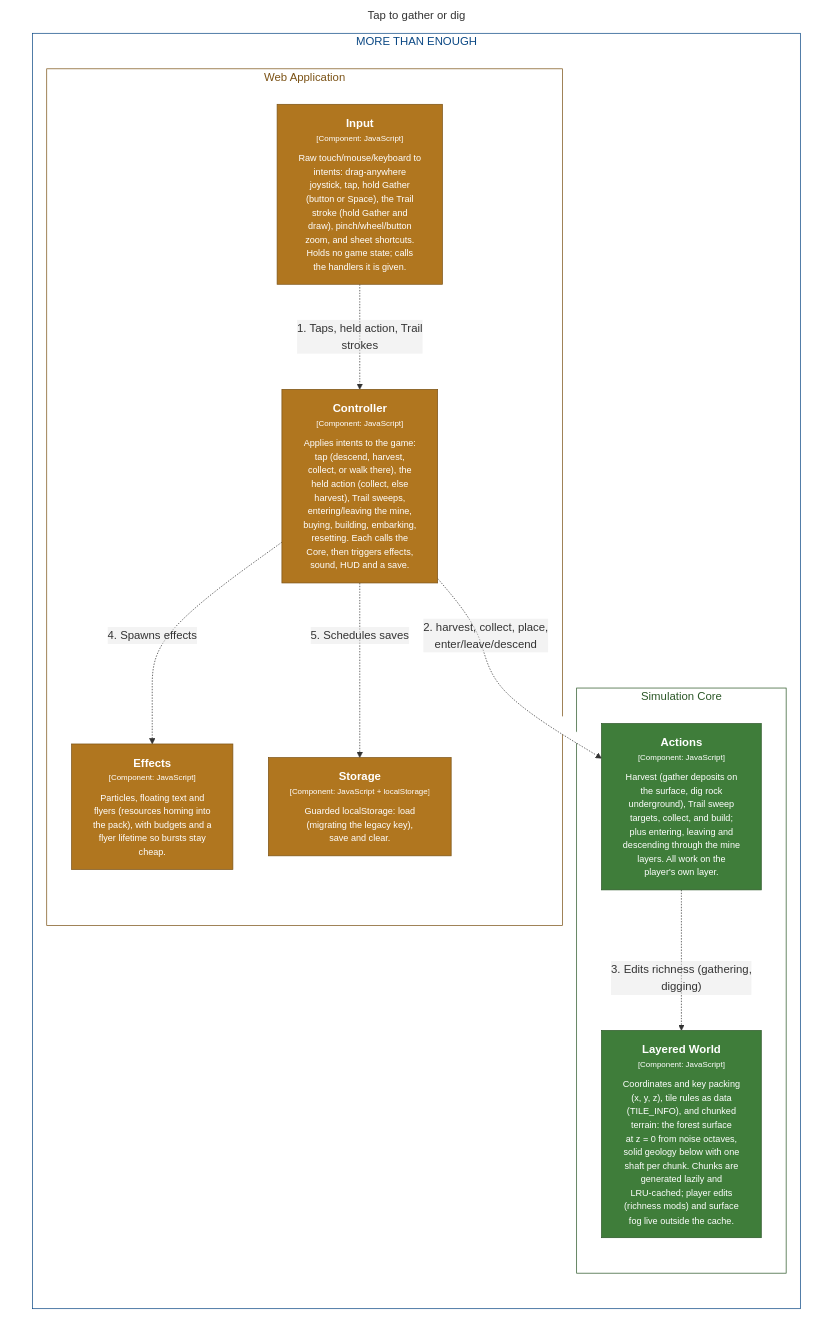
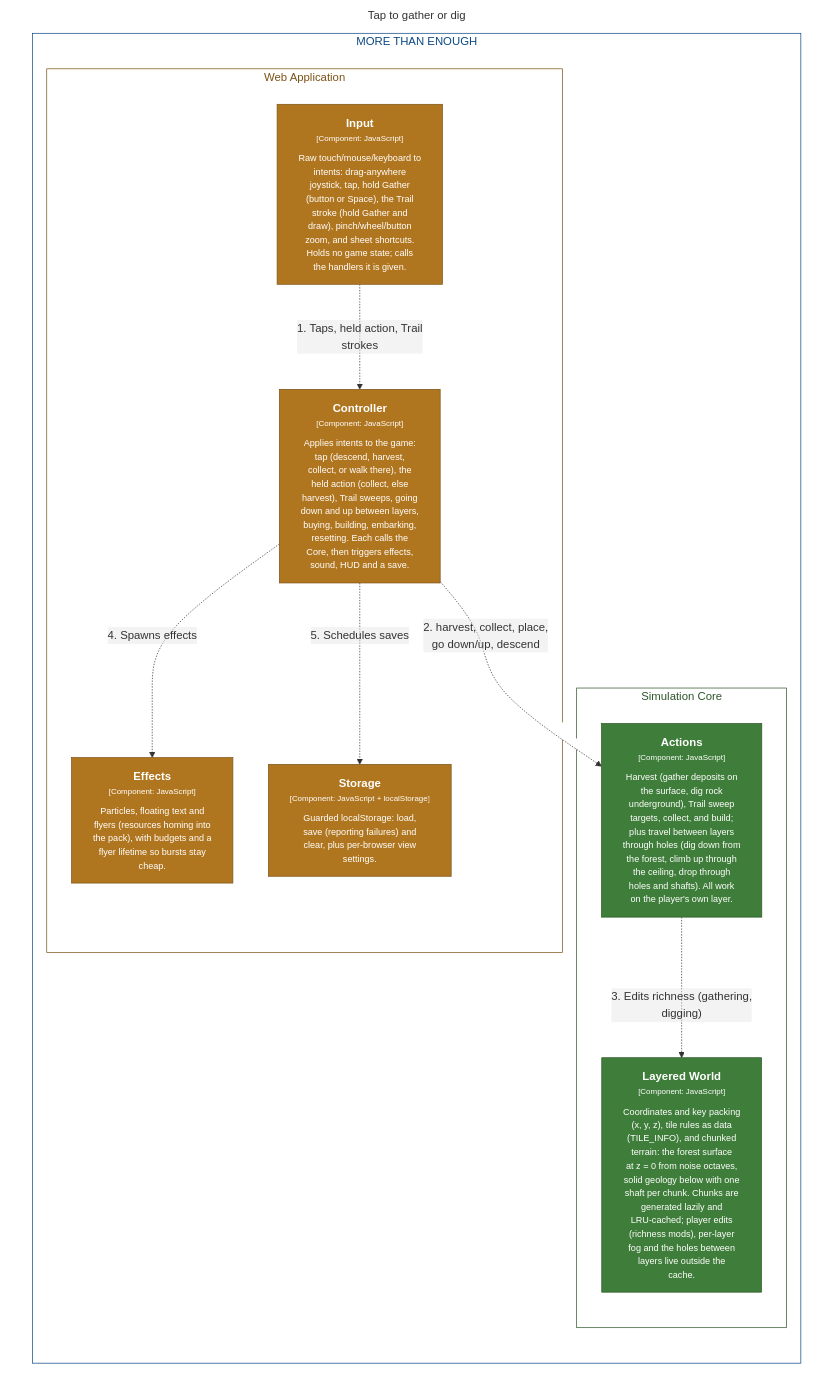
Before and after one commit to bitkojine/more-than-enough: the diagram in structurizr/diagrams/CollectFlow.mmd, drawn with Mermaid. The commit also changed 34 other files, not shown here.

First line of the commit message:
v0.22.0: holes between layers, mine fog, layer cutaway

```diff
--- a/structurizr/diagrams/CollectFlow.mmd
+++ b/structurizr/diagrams/CollectFlow.mmd
@@ -1,41 +1,41 @@
 %% Generated from structurizr/workspace.dsl — do not edit; run: node structurizr/scripts/structurizr.mjs mermaid
 graph LR
   linkStyle default fill:#ffffff
 
   subgraph diagram ["Tap to gather or dig"]
     style diagram fill:#ffffff,stroke:#ffffff
 
     subgraph 3 ["MORE THAN ENOUGH"]
       style 3 fill:#ffffff,stroke:#0b4884,color:#0b4884
 
       subgraph 15 ["Simulation Core"]
         style 15 fill:#ffffff,stroke:#2c5728,color:#2c5728
 
-        16["<div style='font-weight: bold'>Layered World</div><div style='font-size: 70%; margin-top: 0px'>[Component: JavaScript]</div><div style='font-size: 80%; margin-top:10px'>Coordinates and key packing<br />(x, y, z), tile rules as data<br />(TILE_INFO), and chunked<br />terrain: the forest surface<br />at z = 0 from noise octaves,<br />solid geology below with one<br />shaft per chunk. Chunks are<br />generated lazily and<br />LRU-cached; player edits<br />(richness mods) and surface<br />fog live outside the cache.</div>"]
+        16["<div style='font-weight: bold'>Layered World</div><div style='font-size: 70%; margin-top: 0px'>[Component: JavaScript]</div><div style='font-size: 80%; margin-top:10px'>Coordinates and key packing<br />(x, y, z), tile rules as data<br />(TILE_INFO), and chunked<br />terrain: the forest surface<br />at z = 0 from noise octaves,<br />solid geology below with one<br />shaft per chunk. Chunks are<br />generated lazily and<br />LRU-cached; player edits<br />(richness mods), per-layer<br />fog and the holes between<br />layers live outside the<br />cache.</div>"]
         style 16 fill:#3f7d3a,stroke:#2c5728,color:#ffffff
-        19["<div style='font-weight: bold'>Actions</div><div style='font-size: 70%; margin-top: 0px'>[Component: JavaScript]</div><div style='font-size: 80%; margin-top:10px'>Harvest (gather deposits on<br />the surface, dig rock<br />underground), Trail sweep<br />targets, collect, and build;<br />plus entering, leaving and<br />descending through the mine<br />layers. All work on the<br />player's own layer.</div>"]
+        19["<div style='font-weight: bold'>Actions</div><div style='font-size: 70%; margin-top: 0px'>[Component: JavaScript]</div><div style='font-size: 80%; margin-top:10px'>Harvest (gather deposits on<br />the surface, dig rock<br />underground), Trail sweep<br />targets, collect, and build;<br />plus travel between layers<br />through holes (dig down from<br />the forest, climb up through<br />the ceiling, drop through<br />holes and shafts). All work<br />on the player's own layer.</div>"]
         style 19 fill:#3f7d3a,stroke:#2c5728,color:#ffffff
       end
 
       subgraph 4 ["Web Application"]
         style 4 fill:#ffffff,stroke:#7b5215,color:#7b5215
 
         10["<div style='font-weight: bold'>Effects</div><div style='font-size: 70%; margin-top: 0px'>[Component: JavaScript]</div><div style='font-size: 80%; margin-top:10px'>Particles, floating text and<br />flyers (resources homing into<br />the pack), with budgets and a<br />flyer lifetime so bursts stay<br />cheap.</div>"]
         style 10 fill:#b0761f,stroke:#7b5215,color:#ffffff
-        13["<div style='font-weight: bold'>Storage</div><div style='font-size: 70%; margin-top: 0px'>[Component: JavaScript + localStorage]</div><div style='font-size: 80%; margin-top:10px'>Guarded localStorage: load<br />(migrating the legacy key),<br />save and clear.</div>"]
+        13["<div style='font-weight: bold'>Storage</div><div style='font-size: 70%; margin-top: 0px'>[Component: JavaScript + localStorage]</div><div style='font-size: 80%; margin-top:10px'>Guarded localStorage: load,<br />save (reporting failures) and<br />clear, plus per-browser view<br />settings.</div>"]
         style 13 fill:#b0761f,stroke:#7b5215,color:#ffffff
         6["<div style='font-weight: bold'>Input</div><div style='font-size: 70%; margin-top: 0px'>[Component: JavaScript]</div><div style='font-size: 80%; margin-top:10px'>Raw touch/mouse/keyboard to<br />intents: drag-anywhere<br />joystick, tap, hold Gather<br />(button or Space), the Trail<br />stroke (hold Gather and<br />draw), pinch/wheel/button<br />zoom, and sheet shortcuts.<br />Holds no game state; calls<br />the handlers it is given.</div>"]
         style 6 fill:#b0761f,stroke:#7b5215,color:#ffffff
-        7["<div style='font-weight: bold'>Controller</div><div style='font-size: 70%; margin-top: 0px'>[Component: JavaScript]</div><div style='font-size: 80%; margin-top:10px'>Applies intents to the game:<br />tap (descend, harvest,<br />collect, or walk there), the<br />held action (collect, else<br />harvest), Trail sweeps,<br />entering/leaving the mine,<br />buying, building, embarking,<br />resetting. Each calls the<br />Core, then triggers effects,<br />sound, HUD and a save.</div>"]
+        7["<div style='font-weight: bold'>Controller</div><div style='font-size: 70%; margin-top: 0px'>[Component: JavaScript]</div><div style='font-size: 80%; margin-top:10px'>Applies intents to the game:<br />tap (descend, harvest,<br />collect, or walk there), the<br />held action (collect, else<br />harvest), Trail sweeps, going<br />down and up between layers,<br />buying, building, embarking,<br />resetting. Each calls the<br />Core, then triggers effects,<br />sound, HUD and a save.</div>"]
         style 7 fill:#b0761f,stroke:#7b5215,color:#ffffff
       end
 
     end
 
     6-. "<div>1. Taps, held action, Trail<br />strokes</div><div style='font-size: 70%'></div>" .->7
-    7-. "<div>2. harvest, collect, place,<br />enter/leave/descend</div><div style='font-size: 70%'></div>" .->19
+    7-. "<div>2. harvest, collect, place,<br />go down/up, descend</div><div style='font-size: 70%'></div>" .->19
     19-. "<div>3. Edits richness (gathering,<br />digging)</div><div style='font-size: 70%'></div>" .->16
     7-. "<div>4. Spawns effects</div><div style='font-size: 70%'></div>" .->10
     7-. "<div>5. Schedules saves</div><div style='font-size: 70%'></div>" .->13
 
   end
```
